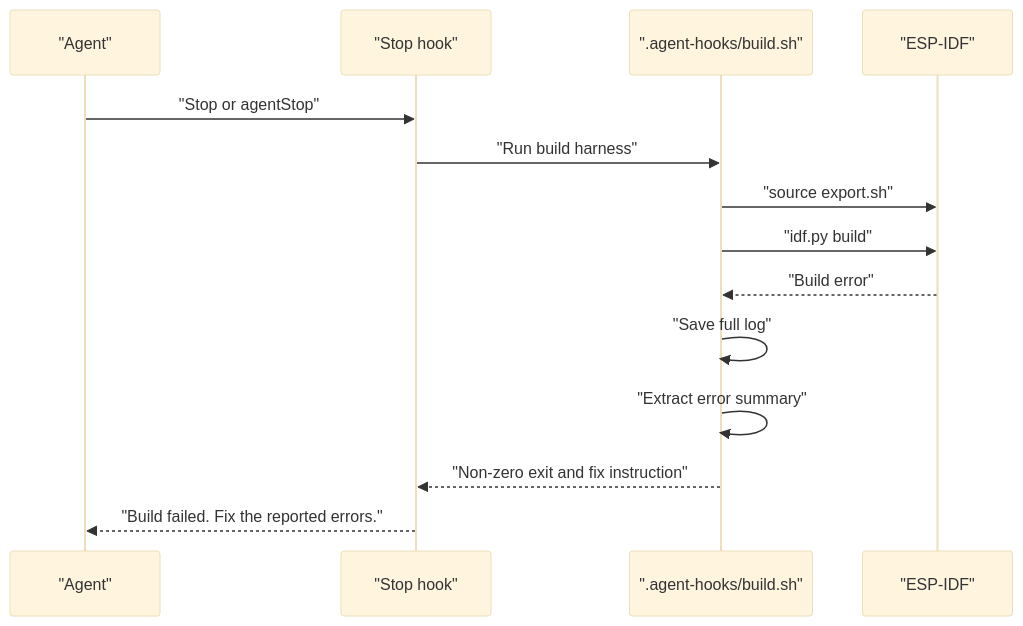
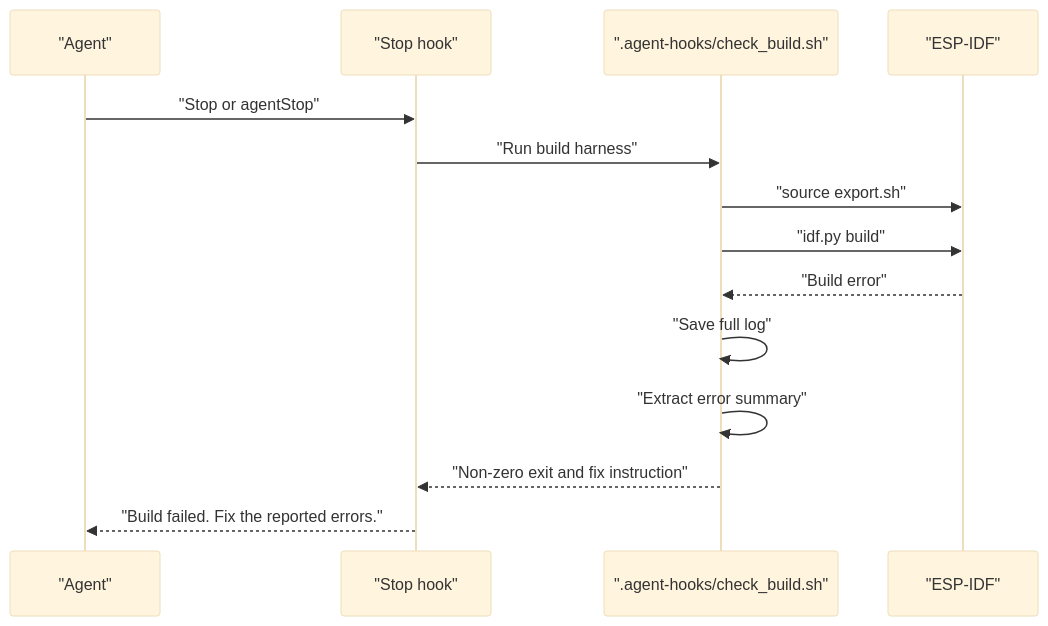
Before and after one commit to tkumata/prone-model: the second of 2 diagrams in docs/DESIGN.md, drawn with Mermaid (base theme). The commit also changed other lines of this file and 6 other files, not shown here.

````diff
--- a/docs/DESIGN.md
+++ b/docs/DESIGN.md
@@ -421,17 +421,17 @@
 ```mermaid
 sequenceDiagram
   participant Agent as "Agent"
   participant Hook as "Stop hook"
-  participant Harness as ".agent-hooks/build.sh"
+  participant Harness as ".agent-hooks/check_build.sh"
   participant IDF as "ESP-IDF"
 
   Agent->>Hook: "Stop or agentStop"
   Hook->>Harness: "Run build harness"
   Harness->>IDF: "source export.sh"
   Harness->>IDF: "idf.py build"
   IDF-->>Harness: "Build error"
   Harness->>Harness: "Save full log"
   Harness->>Harness: "Extract error summary"
   Harness-->>Hook: "Non-zero exit and fix instruction"
   Hook-->>Agent: "Build failed. Fix the reported errors."
 ```
````
